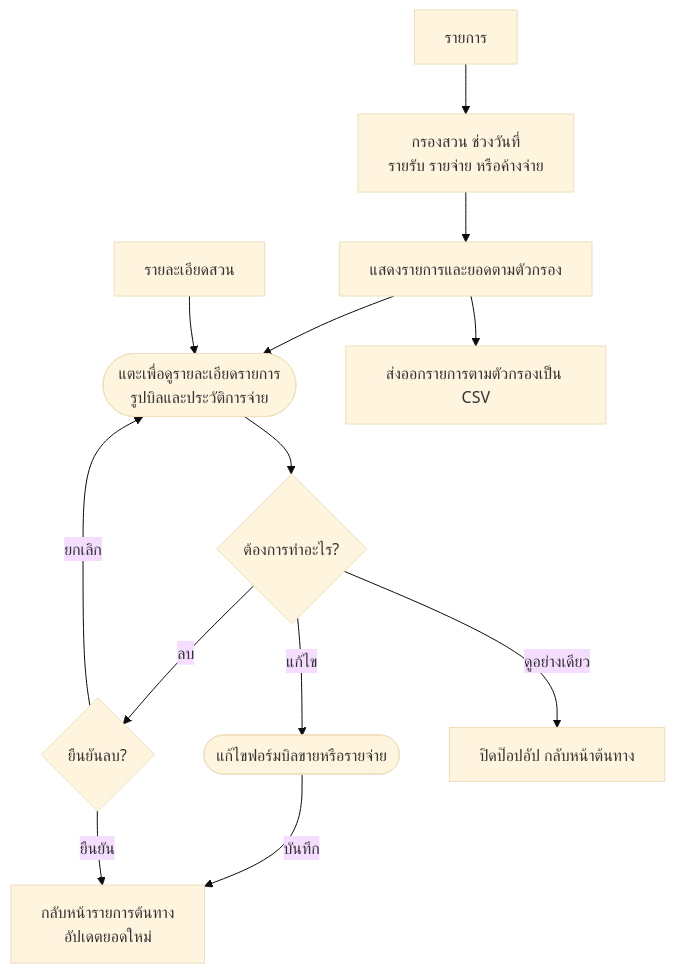
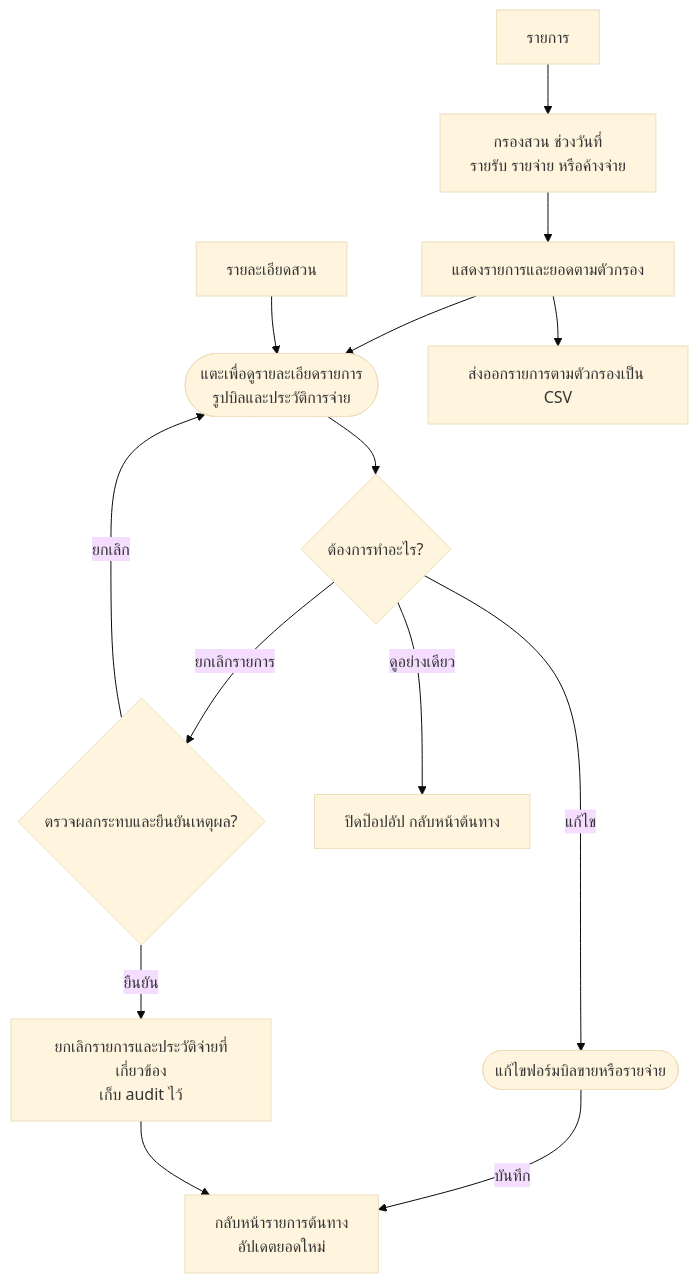
One commit to SitthiwatR/palm-ledger changed the eighth of 12 diagrams in user-flow.md. Above: the diagram before and after it, drawn with Mermaid (base theme). The commit also changed other lines of this file and 3 other files, not shown here.

Commit message:
docs: define Supabase architecture and ten-step implementation plan

````diff
--- a/user-flow.md
+++ b/user-flow.md
@@ -124,15 +165,16 @@
 ```mermaid
 flowchart TD
     Records["รายการ"] --> Filter["กรองสวน ช่วงวันที่<br/>รายรับ รายจ่าย หรือค้างจ่าย"]
     Filter --> List["แสดงรายการและยอดตามตัวกรอง"]
     List --> Detail(["แตะเพื่อดูรายละเอียดรายการ<br/>รูปบิลและประวัติการจ่าย"])
     Garden["รายละเอียดสวน"] --> Detail
     Detail --> Action{"ต้องการทำอะไร?"}
     Action -->|"แก้ไข"| Edit(["แก้ไขฟอร์มบิลขายหรือรายจ่าย"])
     Edit -->|"บันทึก"| Updated["กลับหน้ารายการต้นทาง<br/>อัปเดตยอดใหม่"]
-    Action -->|"ลบ"| Confirm{"ยืนยันลบ?"}
-    Confirm -->|"ยืนยัน"| Updated
+    Action -->|"ยกเลิกรายการ"| Confirm{"ตรวจผลกระทบและยืนยันเหตุผล?"}
+    Confirm -->|"ยืนยัน"| Void["ยกเลิกรายการและประวัติจ่ายที่เกี่ยวข้อง<br/>เก็บ audit ไว้"]
+    Void --> Updated
     Confirm -->|"ยกเลิก"| Detail
     Action -->|"ดูอย่างเดียว"| Close["ปิดป๊อปอัป กลับหน้าต้นทาง"]
     List --> CSV["ส่งออกรายการตามตัวกรองเป็น CSV"]
 ```
````
